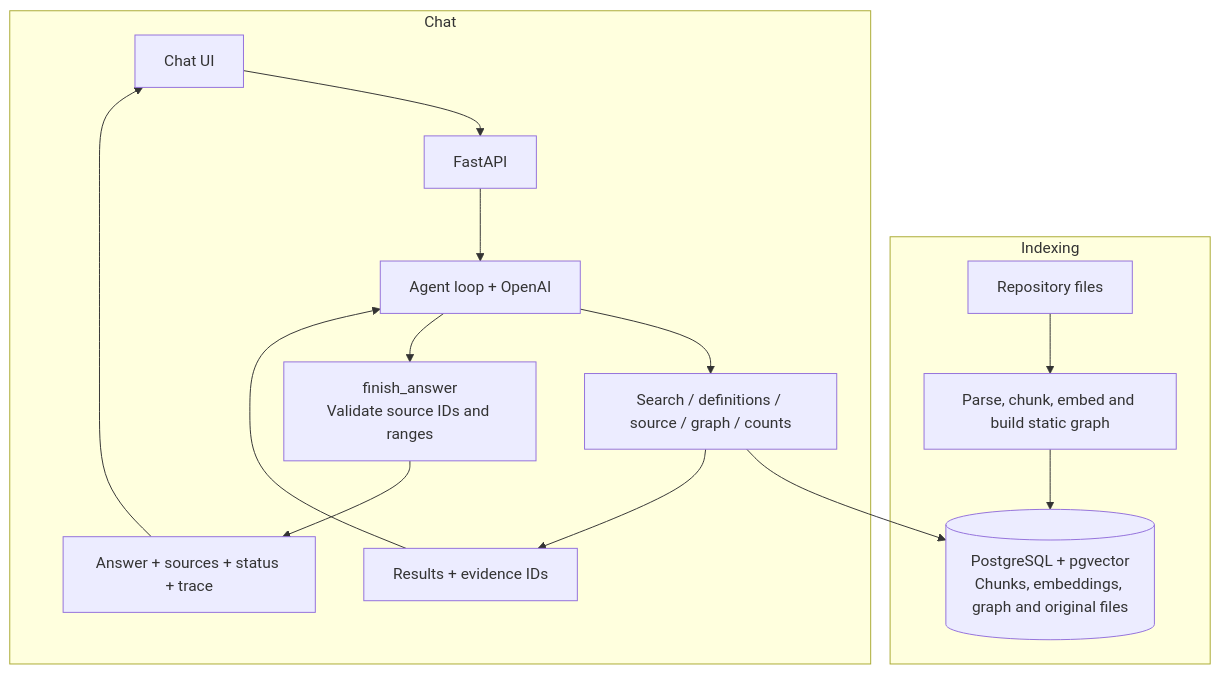
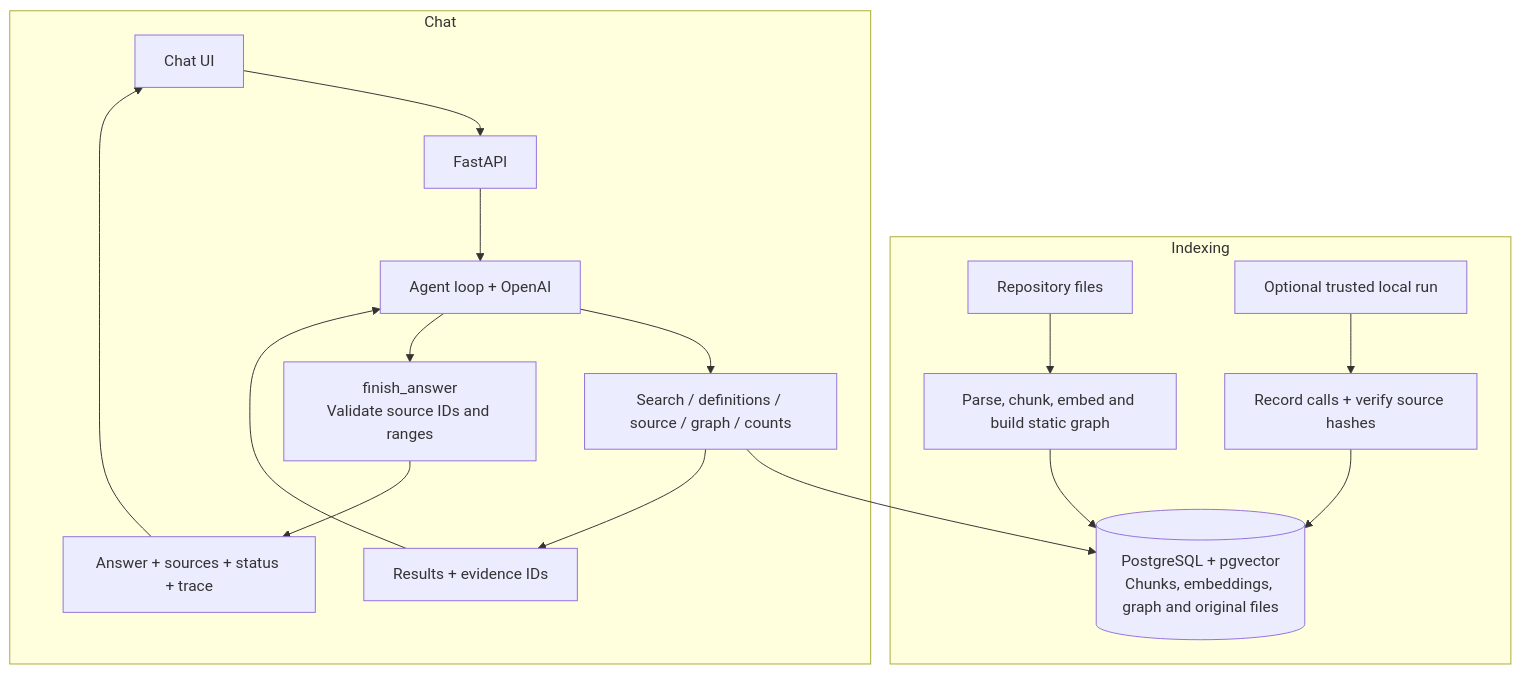
The diagram in README.md (harilama05/agentic-python-repo-rag-copilot), drawn with Mermaid before and after one commit. The commit also changed other lines of this file and 22 other files, not shown here.

Commit message:
feat: add runtime call graph evidence and align documentation

````diff
--- a/README.md
+++ b/README.md
@@ -39,19 +40,21 @@
 ```mermaid
 flowchart TB
     subgraph Indexing
         Repo["Repository files"] --> Parse["Parse, chunk, embed and build static graph"]
         Parse --> Store[("PostgreSQL + pgvector<br/>Chunks, embeddings, graph and original files")]
+        Run["Optional trusted local run"] --> Trace["Record calls + verify source hashes"]
+        Trace --> Store
     end
 
     subgraph Chat
         UI["Chat UI"] --> API["FastAPI"]
         API --> Agent["Agent loop + OpenAI"]
         Agent --> Tools["Search / definitions / source / graph / counts"]
         Tools --> Store
         Tools --> Results["Results + evidence IDs"]
         Results --> Agent
         Agent --> Finish["finish_answer<br/>Validate source IDs and ranges"]
         Finish --> Answer["Answer + sources + status + trace"]
         Answer --> UI
     end
 ```
````
